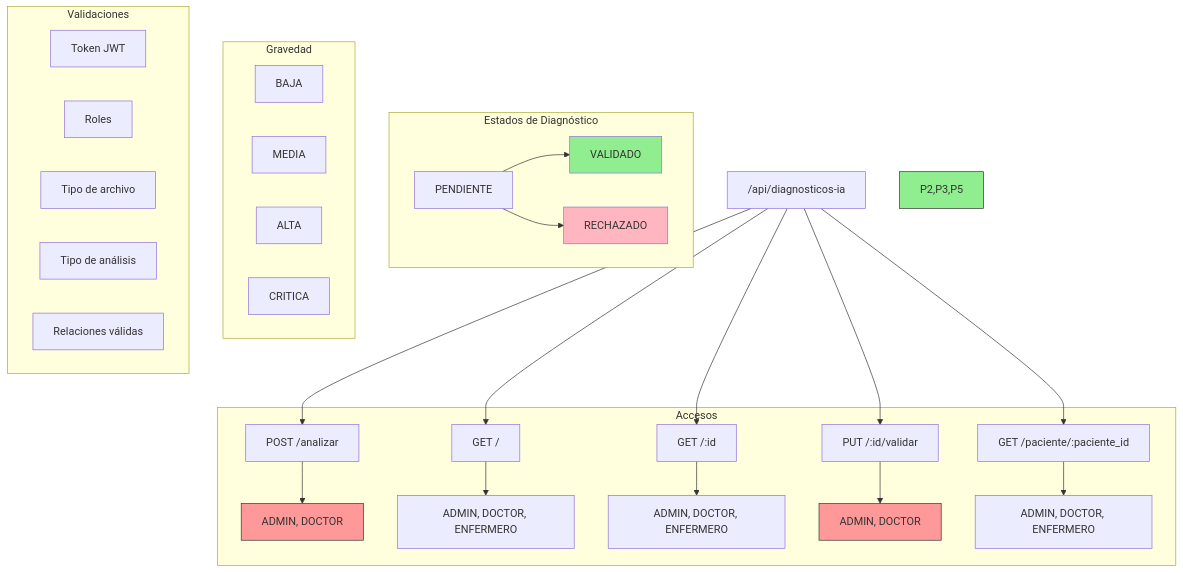
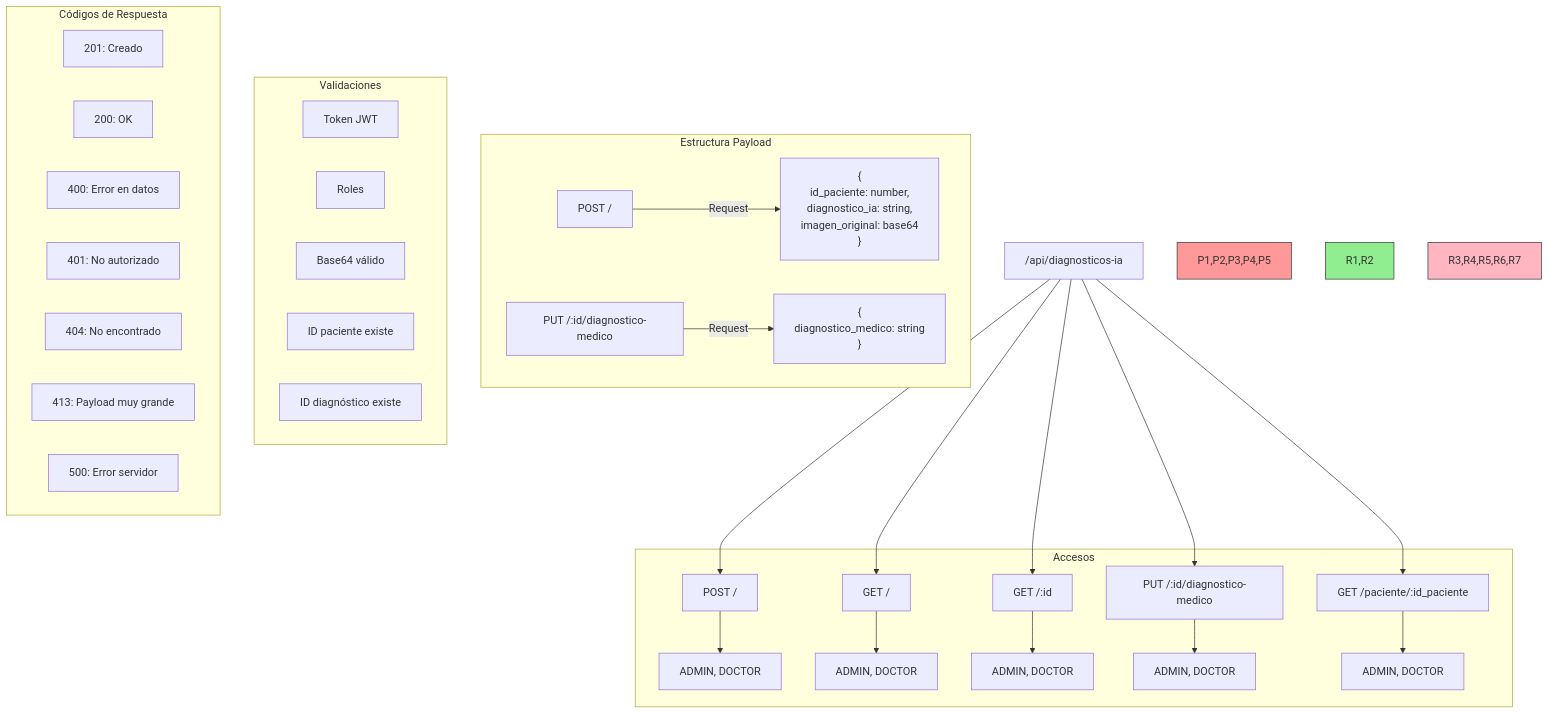
Before and after one commit to runinbk/medical-ai-system: the diagram in docs/modules/diagnosticoIA.md/Rutas-GuiaDePruebasPostman.md, drawn with Mermaid. The commit also changed other lines of this file, not shown here.

````diff
--- a/docs/modules/diagnosticoIA.md/Rutas-GuiaDePruebasPostman.md
+++ b/docs/modules/diagnosticoIA.md/Rutas-GuiaDePruebasPostman.md
@@ -5,43 +5,52 @@
 ```mermaid
 flowchart TD
-    A["/api/diagnosticos-ia"] --> B1["POST /analizar"]
+    A["/api/diagnosticos-ia"] --> B1["POST /"]
     A --> B2["GET /"]
     A --> B3["GET /:id"]
-    A --> B4["PUT /:id/validar"]
-    A --> B5["GET /paciente/:paciente_id"]
+    A --> B4["PUT /:id/diagnostico-medico"]
+    A --> B5["GET /paciente/:id_paciente"]
 
     subgraph Accesos
         B1 --> P1["ADMIN, DOCTOR"]
-        B2 --> P2["ADMIN, DOCTOR, ENFERMERO"]
-        B3 --> P3["ADMIN, DOCTOR, ENFERMERO"]
+        B2 --> P2["ADMIN, DOCTOR"]
+        B3 --> P3["ADMIN, DOCTOR"]
         B4 --> P4["ADMIN, DOCTOR"]
-        B5 --> P5["ADMIN, DOCTOR, ENFERMERO"]
+        B5 --> P5["ADMIN, DOCTOR"]
     end
 
-    subgraph Estados["Estados de Diagnóstico"]
-        E1["PENDIENTE"] --> E2["VALIDADO"]
-        E1 --> E3["RECHAZADO"]
-    end
-
-    subgraph Gravedad
-        G1["BAJA"]
-        G2["MEDIA"]
-        G3["ALTA"]
-        G4["CRITICA"]
+    subgraph Payload["Estructura Payload"]
+        C1["POST /"]
+        C1 -->|Request| D1["{
+            id_paciente: number,
+            diagnostico_ia: string,
+            imagen_original: base64
+        }"]
+        
+        C2["PUT /:id/diagnostico-medico"]
+        C2 -->|Request| D2["{
+            diagnostico_medico: string
+        }"]
     end
 
     subgraph Validaciones["Validaciones"]
         V1["Token JWT"]
         V2["Roles"]
-        V3["Tipo de archivo"]
-        V4["Tipo de análisis"]
-        V5["Relaciones válidas"]
+        V3["Base64 válido"]
+        V4["ID paciente existe"]
+        V5["ID diagnóstico existe"]
     end
 
-    style P1 fill:#FF9999,stroke:#333
-    style P4 fill:#FF9999,stroke:#333
-    style P2,P3,P5 fill:#90EE90,stroke:#333
-    
-    style E2 fill:#90EE90
-    style E3 fill:#FFB6C1
+    subgraph Respuestas["Códigos de Respuesta"]
+        R1["201: Creado"]
+        R2["200: OK"]
+        R3["400: Error en datos"]
+        R4["401: No autorizado"]
+        R5["404: No encontrado"]
+        R6["413: Payload muy grande"]
+        R7["500: Error servidor"]
+    end
+
+    style P1,P2,P3,P4,P5 fill:#FF9999,stroke:#333
+    style R1,R2 fill:#90EE90,stroke:#333
+    style R3,R4,R5,R6,R7 fill:#FFB6C1,stroke:#333
 ```
````
